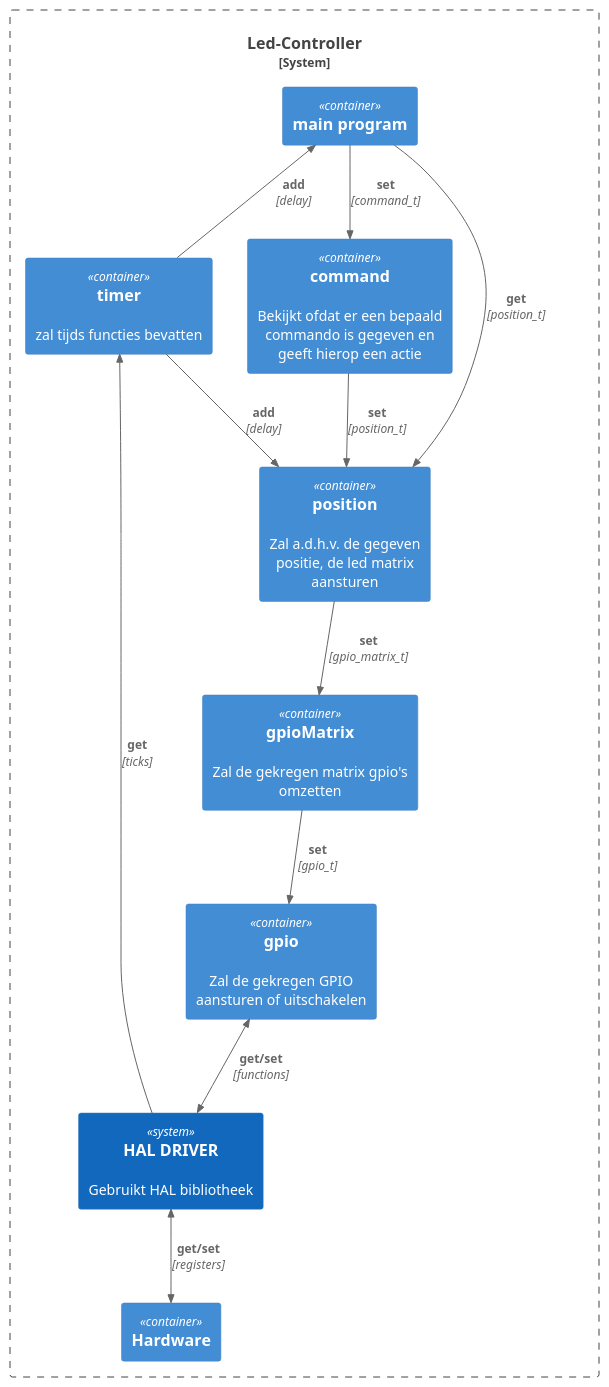
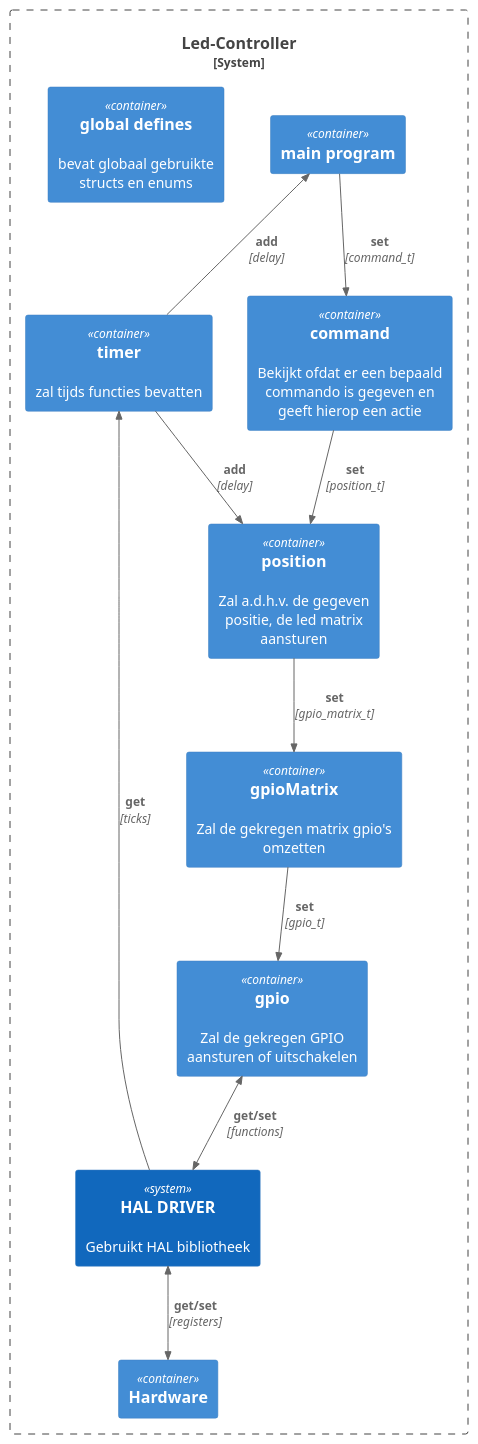
Before and after one commit to RobbeElsermans/GestureControl: the diagram in Code PlatformIO/Led Controller V2/plantuml/LED Controller file overview.puml, drawn with PlantUML. The commit also changed 11 other files, not shown here.

```diff
--- a/Code PlatformIO/Led Controller V2/plantuml/LED Controller file overview.puml
+++ b/Code PlatformIO/Led Controller V2/plantuml/LED Controller file overview.puml
@@ -1,37 +1,36 @@
 @startuml LED Controller file overview
 !include https://raw.githubusercontent.com/plantuml-stdlib/C4-PlantUML/master/C4_Container.puml
 
 System_Boundary(led_controller, "Led-Controller"){
     Container(mainProgram, "main program")
     Container(command, "command", "", "Bekijkt ofdat er een bepaald commando is gegeven en geeft hierop een actie")
     Container(position, "position","", "Zal a.d.h.v. de gegeven positie, de led matrix aansturen")
     Container(gpioMatrix, "gpioMatrix","","Zal de gekregen matrix gpio's omzetten")
     Container(gpio, "gpio","","Zal de gekregen GPIO aansturen of uitschakelen")
     Container(timer, "timer","","zal tijds functies bevatten")
-
+    Container(globalDefines, "global defines","","bevat globaal gebruikte structs en enums")
 
     ' Container(processConnectivity, "process Requests/ Receives","", "Vraagt en stuurt commando's")
     ' Container(processI2C, "process I2C","","Zal de gekregen GPIO aansturen of uitschakelen")
 
     System(BSP, "HAL DRIVER","Gebruikt HAL bibliotheek")
     Container(HARDWARE, "Hardware")
 }
 
 Rel(mainProgram, command, "set","command_t")
-Rel(mainProgram, position, "get","position_t")
 
 Rel_U(timer, mainProgram, "add","delay")
 
 Rel(gpioMatrix, gpio, "set","gpio_t")
 
 Rel(position, gpioMatrix, "set","gpio_matrix_t")
 Rel_D(timer, position, "add","delay")
 
 Rel(command, position, "set","position_t")
 
 BiRel_U(BSP, gpio, "get/set","functions")
 Rel_U(BSP, timer, "get","ticks")
 
 BiRel_U(HARDWARE, BSP, "get/set","registers")
 
 @enduml
```
